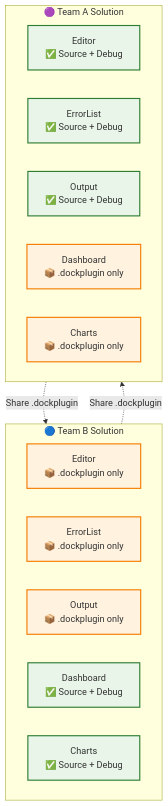
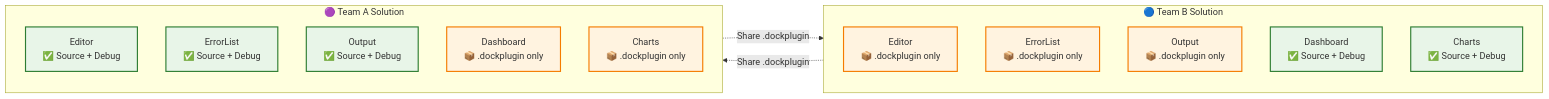
One commit to mbdev87/DockTemplate changed the diagram in DockComponent.Base/README.md. Above: the diagram before and after it, drawn with Mermaid.

````diff
--- a/DockComponent.Base/README.md
+++ b/DockComponent.Base/README.md
@@ -7,29 +7,29 @@
 ```mermaid
-graph TD
+graph LR
     subgraph TeamB["🔵 Team B Solution"]
         Editor["Editor<br/>📦 .dockplugin only"]
         ErrorList["ErrorList<br/>📦 .dockplugin only"]
         Output["Output<br/>📦 .dockplugin only"]
         B1["Dashboard<br/>✅ Source + Debug"]
         B2["Charts<br/>✅ Source + Debug"]
         
     end
     
     subgraph TeamA["🟣 Team A Solution"]
         A1["Editor<br/>✅ Source + Debug"]
         A2["ErrorList<br/>✅ Source + Debug"]
         A3["Output<br/>✅ Source + Debug"]
         Dashboard["Dashboard<br/>📦 .dockplugin only"]
         Charts["Charts<br/>📦 .dockplugin only"]
        
     end
     
     TeamA -.->|"Share .dockplugin"| TeamB
     TeamB -.->|"Share .dockplugin"| TeamA
 
     classDef ownSource fill:#e8f5e8,stroke:#2e7d32,stroke-width:2px
     classDef externalPlugin fill:#fff3e0,stroke:#f57c00,stroke-width:2px
     
     class A1,A2,A3,B1,B2,B3 ownSource
     class Dashboard,Editor,ErrorList,Output,Charts externalPlugin
 ```
````
